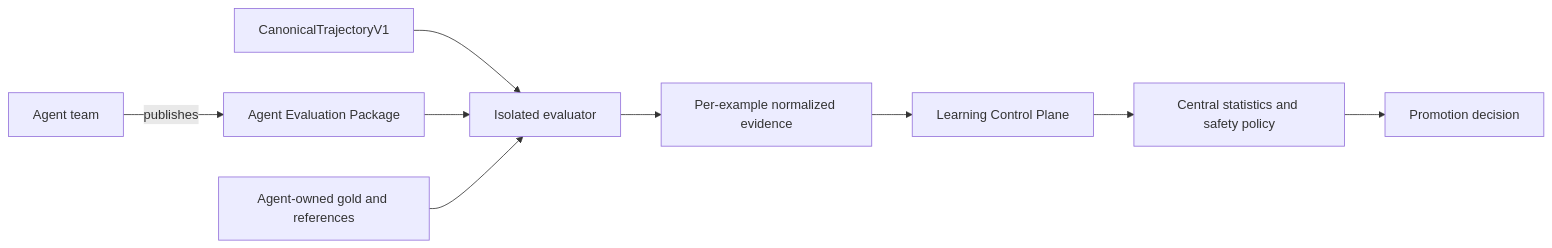
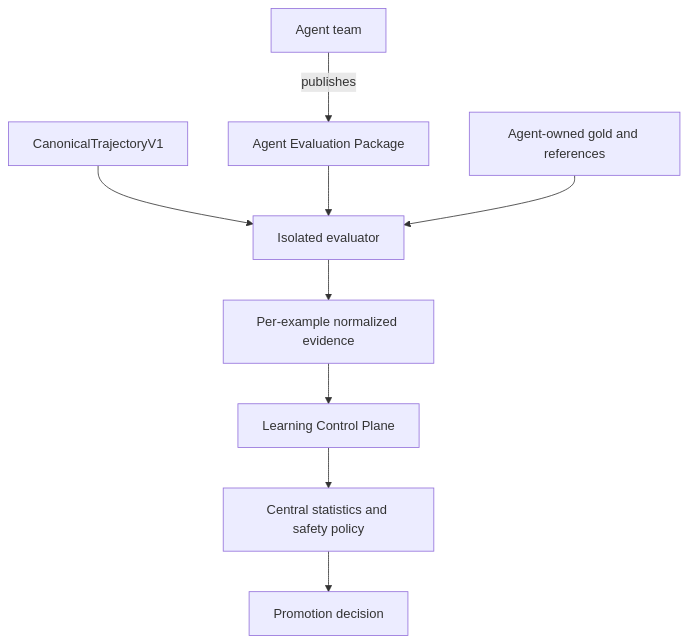
Before and after one commit to GMartin-dev/penguiflow: the second of 4 diagrams in docs/proposals/LEARNING_CONTROL_PLANE_EXECUTIVE_OPTIONS.md, drawn with Mermaid. The commit also changed other lines of this file, not shown here.

````diff
--- a/docs/proposals/LEARNING_CONTROL_PLANE_EXECUTIVE_OPTIONS.md
+++ b/docs/proposals/LEARNING_CONTROL_PLANE_EXECUTIVE_OPTIONS.md
@@ -101,11 +100,11 @@
 ```mermaid
-flowchart LR
-    A[Agent team] -->|publishes| EP[Agent Evaluation Package]
-    CT[CanonicalTrajectoryV1] --> ER[Isolated evaluator]
+flowchart TB
+    A["Agent team"] -->|publishes| EP["Agent Evaluation Package"]
+    CT["CanonicalTrajectoryV1"] --> ER["Isolated evaluator"]
     EP --> ER
-    GOLD[Agent-owned gold and references] --> ER
-    ER --> EV[Per-example normalized evidence]
-    EV --> CP[Learning Control Plane]
-    CP --> STATS[Central statistics and safety policy]
-    STATS --> DEC[Promotion decision]
+    GOLD["Agent-owned gold and references"] --> ER
+    ER --> EV["Per-example normalized evidence"]
+    EV --> CP["Learning Control Plane"]
+    CP --> STATS["Central statistics and safety policy"]
+    STATS --> DEC["Promotion decision"]
 ```
````
